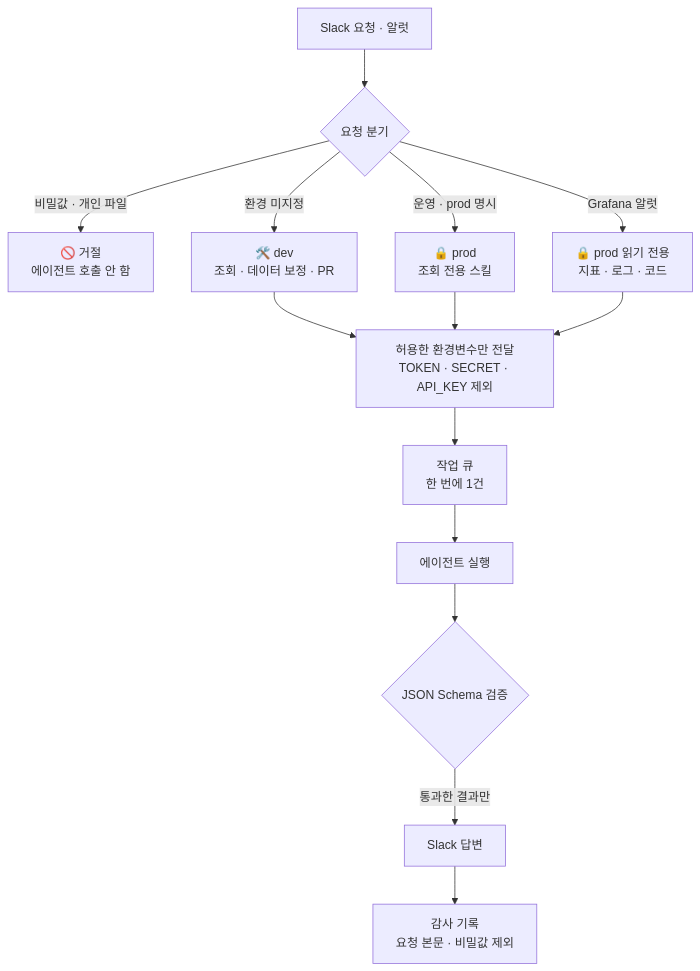
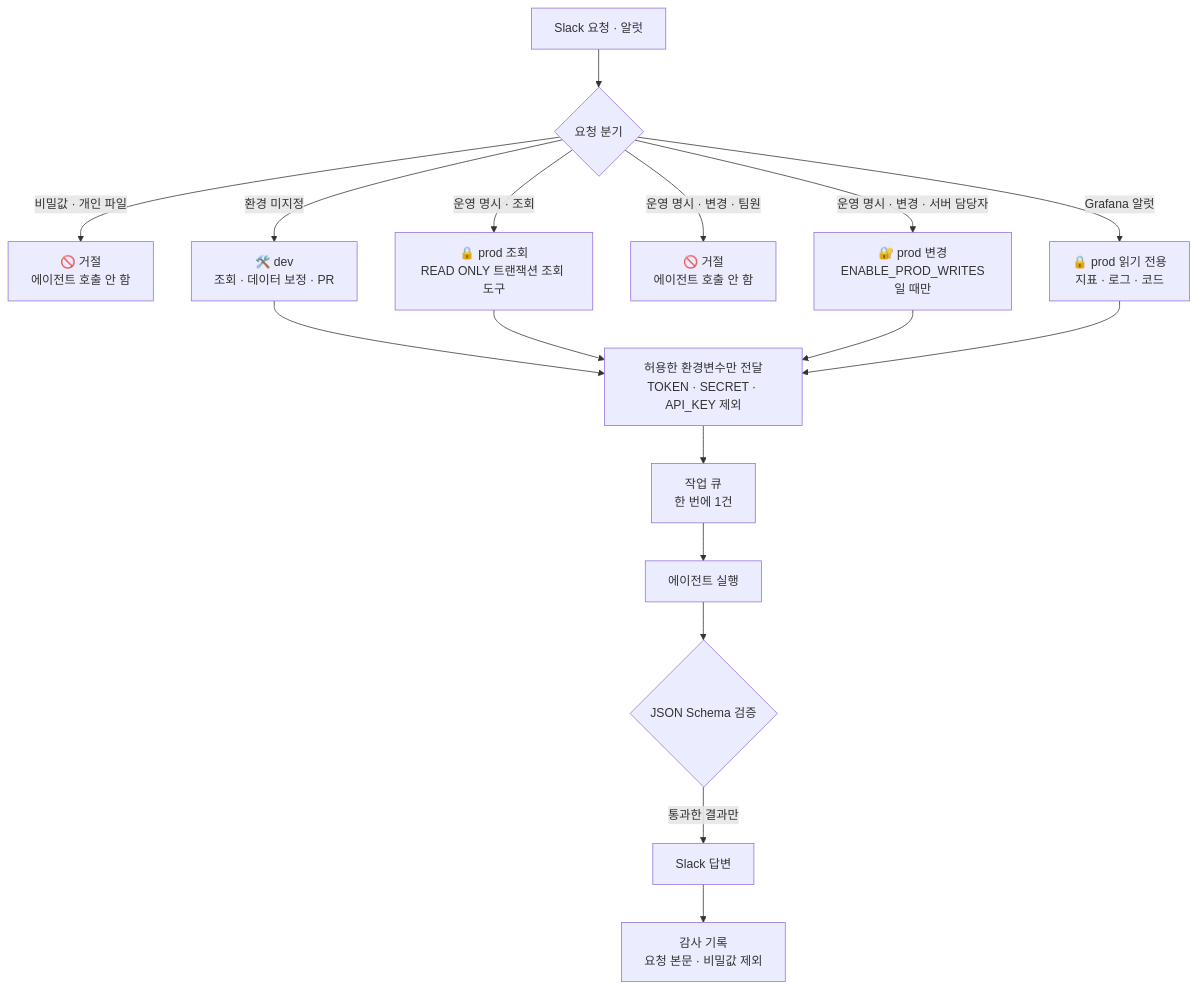
One commit to msk226/mody-slack-bot changed the first of 2 diagrams in README.md. Above: the diagram before and after it, drawn with Mermaid. The commit also changed other lines of this file and 10 other files, not shown here.

Commit message:
feat: 운영 데이터 변경은 서버 담당자만 요청하고, 운영 DB는 READ ONLY 트랜잭션 도구로만 읽는다

````diff
--- a/README.md
+++ b/README.md
@@ -36,19 +36,22 @@
 ```mermaid
 flowchart TD
     R[Slack 요청 · 알럿] --> P{요청 분기}
 
     P -->|비밀값 · 개인 파일| X[🚫 거절<br/>에이전트 호출 안 함]
     P -->|환경 미지정| DEV[🛠️ dev<br/>조회 · 데이터 보정 · PR]
-    P -->|운영 · prod 명시| PROD[🔒 prod<br/>조회 전용 스킬]
+    P -->|운영 명시 · 조회| PROD[🔒 prod 조회<br/>READ ONLY 트랜잭션 조회 도구]
+    P -->|운영 명시 · 변경 · 팀원| DENY[🚫 거절<br/>에이전트 호출 안 함]
+    P -->|운영 명시 · 변경 · 서버 담당자| PRODW[🔐 prod 변경<br/>ENABLE_PROD_WRITES일 때만]
     P -->|Grafana 알럿| ALERT[🔒 prod 읽기 전용<br/>지표 · 로그 · 코드]
 
     DEV --> ENV[허용한 환경변수만 전달<br/>TOKEN · SECRET · API_KEY 제외]
     PROD --> ENV
+    PRODW --> ENV
     ALERT --> ENV
 
     ENV --> Q[작업 큐<br/>한 번에 1건]
     Q --> AG[에이전트 실행]
     AG --> V{JSON Schema 검증}
     V -->|통과한 결과만| S[Slack 답변]
     S --> L[감사 기록<br/>요청 본문 · 비밀값 제외]
 ```
````
